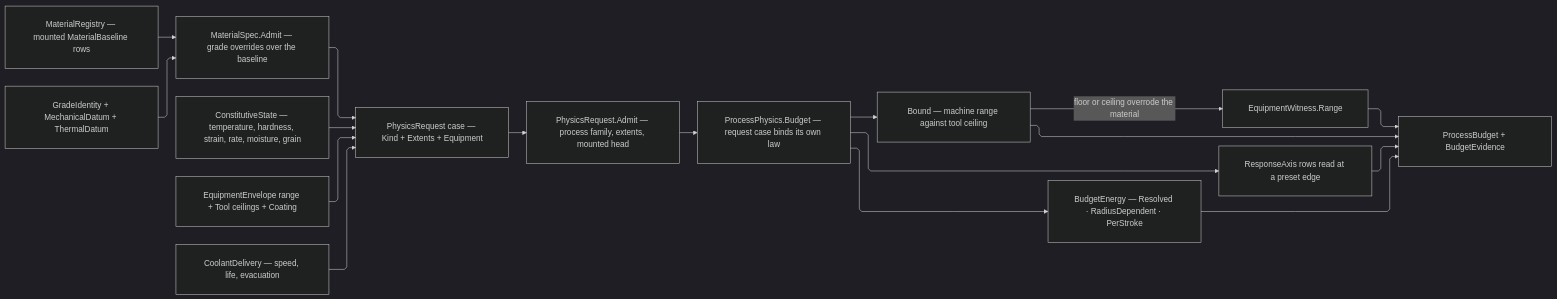
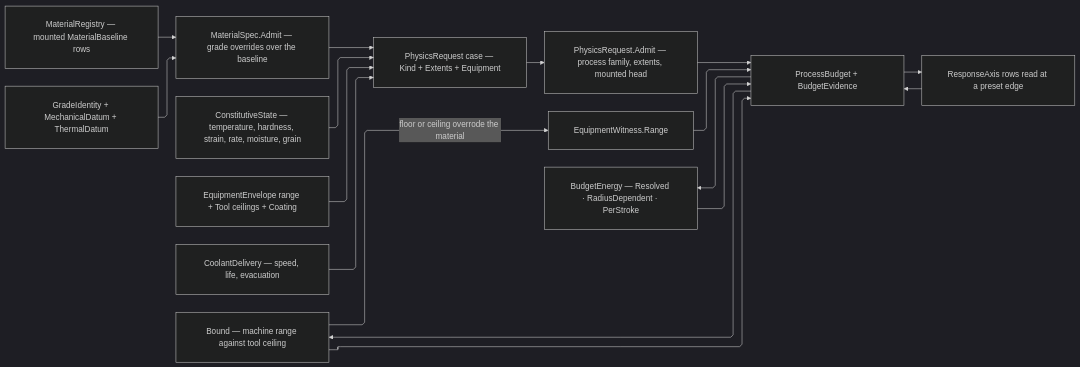
The diagram in libs/dotnet/Rasm.Fabrication/.planning/Process/physics.md (bsamiee/Rasm), drawn with Mermaid (dark theme) before and after one commit. The commit also changed other lines of this file and 1417 other files, not shown here.

````diff
--- a/libs/dotnet/Rasm.Fabrication/.planning/Process/physics.md
+++ b/libs/dotnet/Rasm.Fabrication/.planning/Process/physics.md
@@ -1362,28 +1362,28 @@
 ```mermaid
 ---
 config:
   layout: elk
   flowchart:
     curve: linear
     padding: 25
 ---
 flowchart LR
     accTitle: Constitutive physics and budget flow
     accDescr: Mounted family baselines keyed by each law's own physics kind combine with the grade datum, constitutive state, equipment columns, and coolant delivery into one admitted request whose case dispatch returns a process-specific budget carrying its clamp witnesses, saturated axes, and energy closure.
     Registry["MaterialRegistry — mounted MaterialBaseline rows"] --> Spec["MaterialSpec.Admit — grade overrides over the baseline"]
     Grade["GradeIdentity + MechanicalDatum + ThermalDatum"] --> Spec
     Spec --> Request["PhysicsRequest case — Kind + Extents + Equipment"]
     State["ConstitutiveState — temperature, hardness, strain, rate, moisture, grain"] --> Request
     Tool["EquipmentEnvelope range + Tool ceilings + Coating"] --> Request
     Delivery["CoolantDelivery — speed, life, evacuation"] --> Request
     Request --> Admit["PhysicsRequest.Admit — process family, extents, mounted head"]
     Admit --> Budget["ProcessPhysics.Budget — request case binds its own law"]
     Budget --> Bound["Bound — machine range against tool ceiling"]
-    Bound --> Receipt["ProcessBudget + BudgetEvidence"]
+    Bound --> Budget["ProcessBudget + BudgetEvidence"]
     Bound -->|floor or ceiling overrode the material| Clamped["EquipmentWitness.Range"]
-    Clamped --> Receipt
+    Clamped --> Budget
     Budget --> Energy["BudgetEnergy — Resolved · RadiusDependent · PerStroke"]
-    Energy --> Receipt
+    Energy --> Budget
     Budget --> Saturated["ResponseAxis rows read at a preset edge"]
-    Saturated --> Receipt
+    Saturated --> Budget
 ```
````
